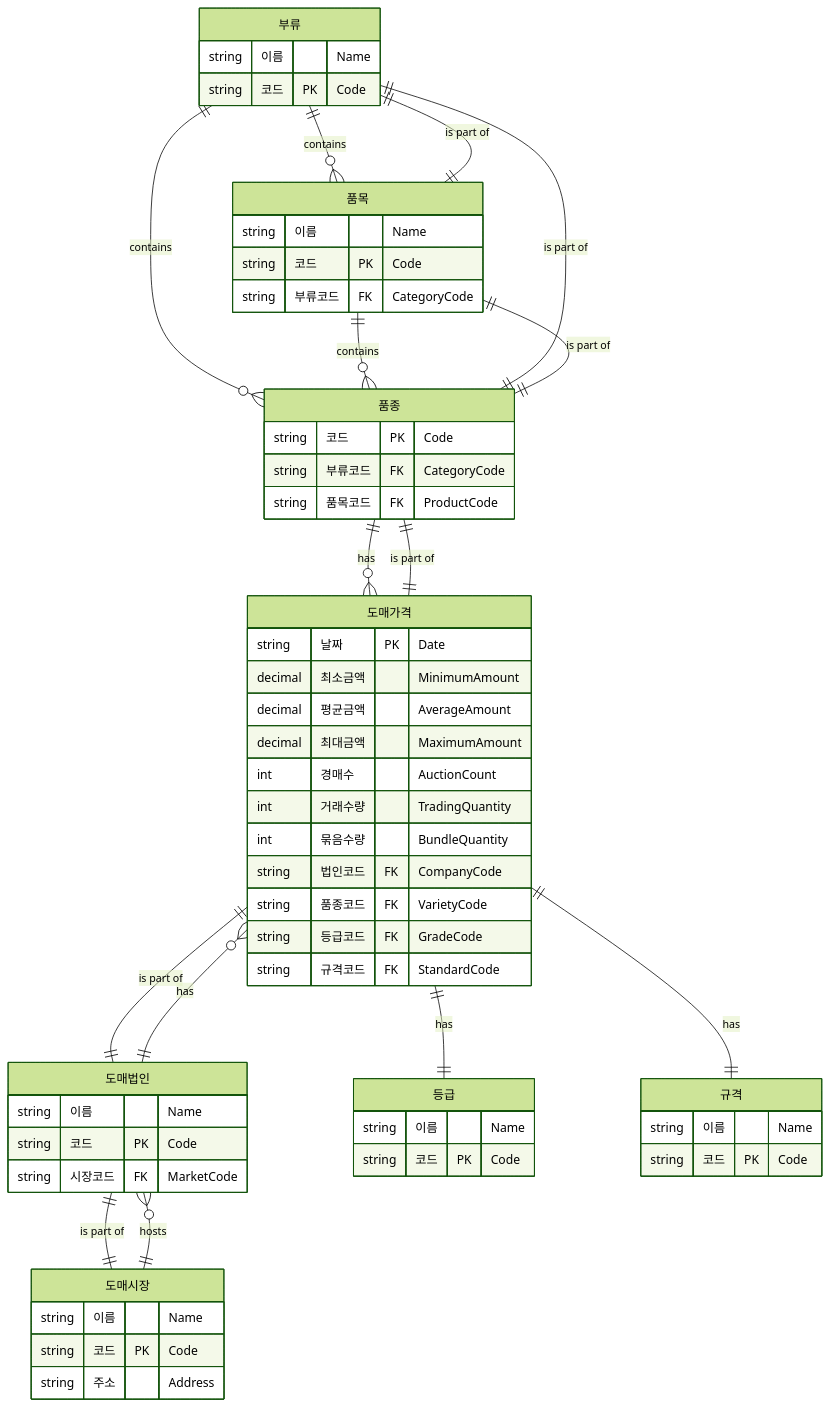
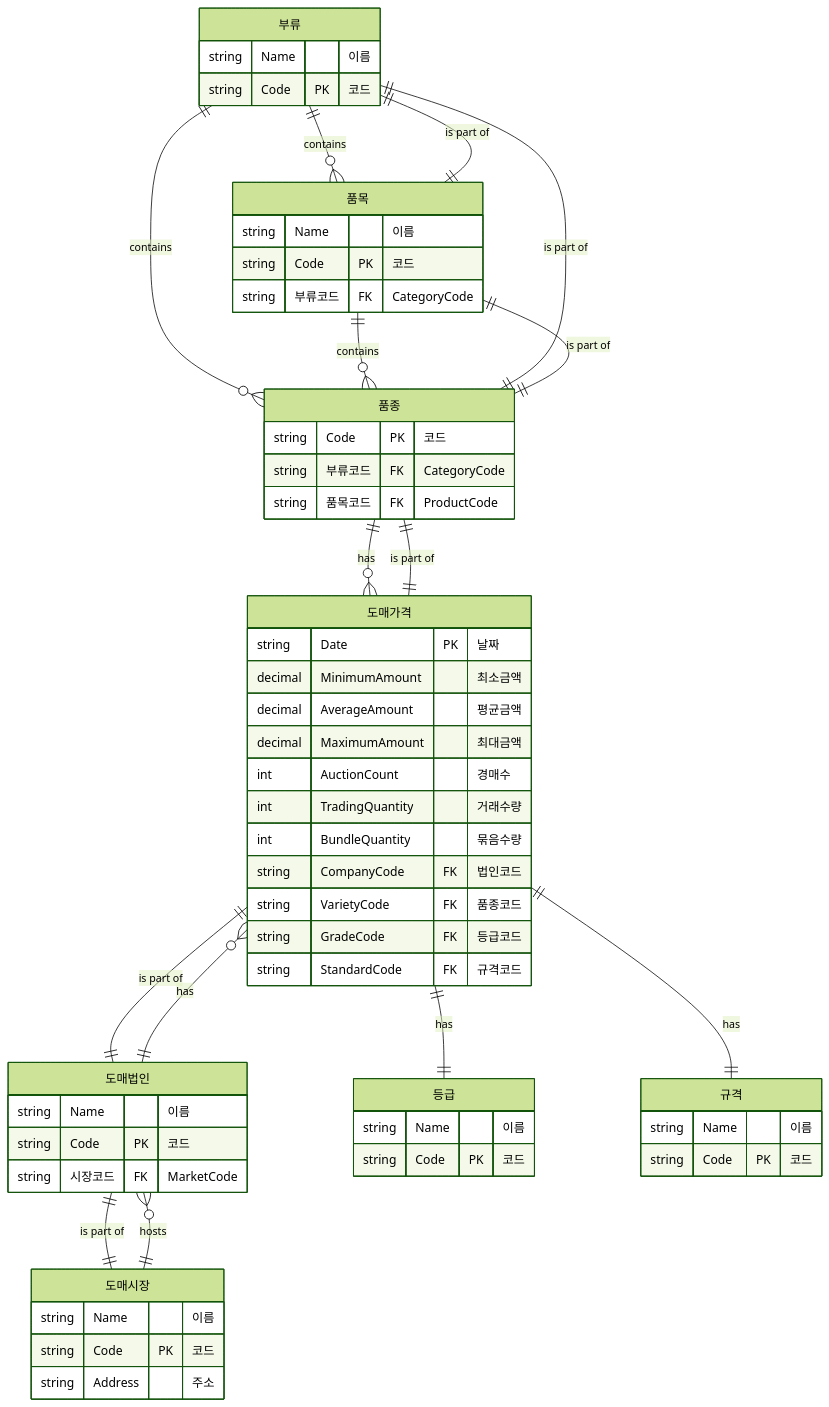
One commit to cheolwo/Korea-Agriculture--Forestry-and-Fisheries-Public-Data changed the diagram in README.md. Above: the diagram before and after it, drawn with Mermaid (forest theme).

````diff
--- a/README.md
+++ b/README.md
@@ -3,65 +3,65 @@
 ```mermaid
 erDiagram
     "부류" ||--o{ "품목" : "contains"
     "부류" ||--o{ "품종" : "contains"
     "품목" ||--o{ "품종" : "contains"
     "품목" ||--|| "부류" : "is part of"
     "품종" ||--|| "부류" : "is part of"
     "품종" ||--|| "품목" : "is part of"
     "품종" ||--o{ "도매가격" : "has"
     "도매시장" ||--o{ "도매법인" : "hosts"
     "도매법인" ||--o{ "도매가격" : "has"
     "도매법인" ||--|| "도매시장" : "is part of"
     "도매가격" ||--|| "도매법인" : "is part of"
     "도매가격" ||--|| "품종" : "is part of"
     "도매가격" ||--|| "등급" : "has"
     "도매가격" ||--|| "규격" : "has"
 
     "부류" {
-        string 이름 "Name"
-        string 코드 PK "Code"
+        string Name "이름"
+        string Code PK "코드"
     }
     "품목" {
-        string 이름 "Name"
-        string 코드 PK "Code"
+        string Name "이름"
+        string Code PK "코드"
         string 부류코드 FK "CategoryCode"
     }
     "품종" {
-        string 코드 PK "Code"
+        string Code PK "코드"
         string 부류코드 FK "CategoryCode"
         string 품목코드 FK "ProductCode"
     }
     "등급" {
-        string 이름 "Name"
-        string 코드 PK "Code"
+        string Name "이름"
+        string Code PK "코드"
     }
     "규격" {
-        string 이름 "Name"
-        string 코드 PK "Code"
+        string Name "이름"
+        string Code PK "코드"
     }
     "도매시장" {
-        string 이름 "Name"
-        string 코드 PK "Code"
-        string 주소 "Address"
+        string Name "이름"
+        string Code PK "코드"
+        string Address "주소"
     }
     "도매법인" {
-        string 이름 "Name"
-        string 코드 PK "Code"
+        string Name "이름"
+        string Code PK "코드"
         string 시장코드 FK "MarketCode"
     }
     "도매가격" {
-        string 날짜 PK "Date"
-        decimal 최소금액 "MinimumAmount"
-        decimal 평균금액 "AverageAmount"
-        decimal 최대금액 "MaximumAmount"
-        int 경매수 "AuctionCount"
-        int 거래수량 "TradingQuantity"
-        int 묶음수량 "BundleQuantity"
-        string 법인코드 FK "CompanyCode"
-        string 품종코드 FK "VarietyCode"
-        string 등급코드 FK "GradeCode"
-        string 규격코드 FK "StandardCode"
+        string Date PK "날짜"
+        decimal MinimumAmount "최소금액"
+        decimal AverageAmount "평균금액"
+        decimal MaximumAmount "최대금액"
+        int AuctionCount "경매수"
+        int TradingQuantity "거래수량"
+        int BundleQuantity "묶음수량"
+        string CompanyCode FK "법인코드"
+        string VarietyCode FK "품종코드"
+        string GradeCode FK "등급코드"
+        string StandardCode FK "규격코드"
     }
 
 
 ```
````
